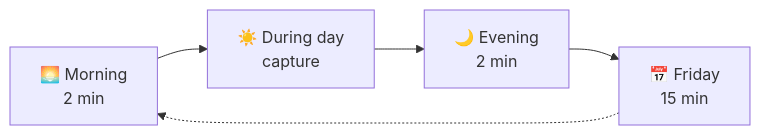
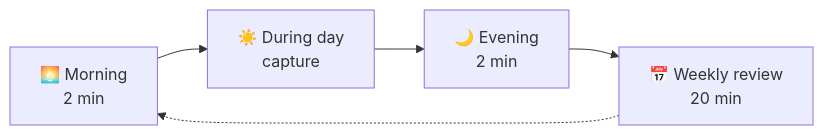
The fourth of 4 diagrams in workflow/cheatsheet.md (dcop7/tips_and_guides), drawn with Mermaid before and after one commit. The commit also changed other lines of this file, not shown here.

````diff
--- a/workflow/cheatsheet.md
+++ b/workflow/cheatsheet.md
@@ -244,5 +283,5 @@
 ```mermaid
 flowchart LR
-    M["🌅 Morning<br/>2 min"] --> D["☀️ During day<br/>capture"] --> E["🌙 Evening<br/>2 min"] --> F["📅 Friday<br/>15 min"]
+    M["🌅 Morning<br/>2 min"] --> D["☀️ During day<br/>capture"] --> E["🌙 Evening<br/>2 min"] --> F["📅 Weekly review<br/>20 min"]
     F -.-> M
 ```
````
